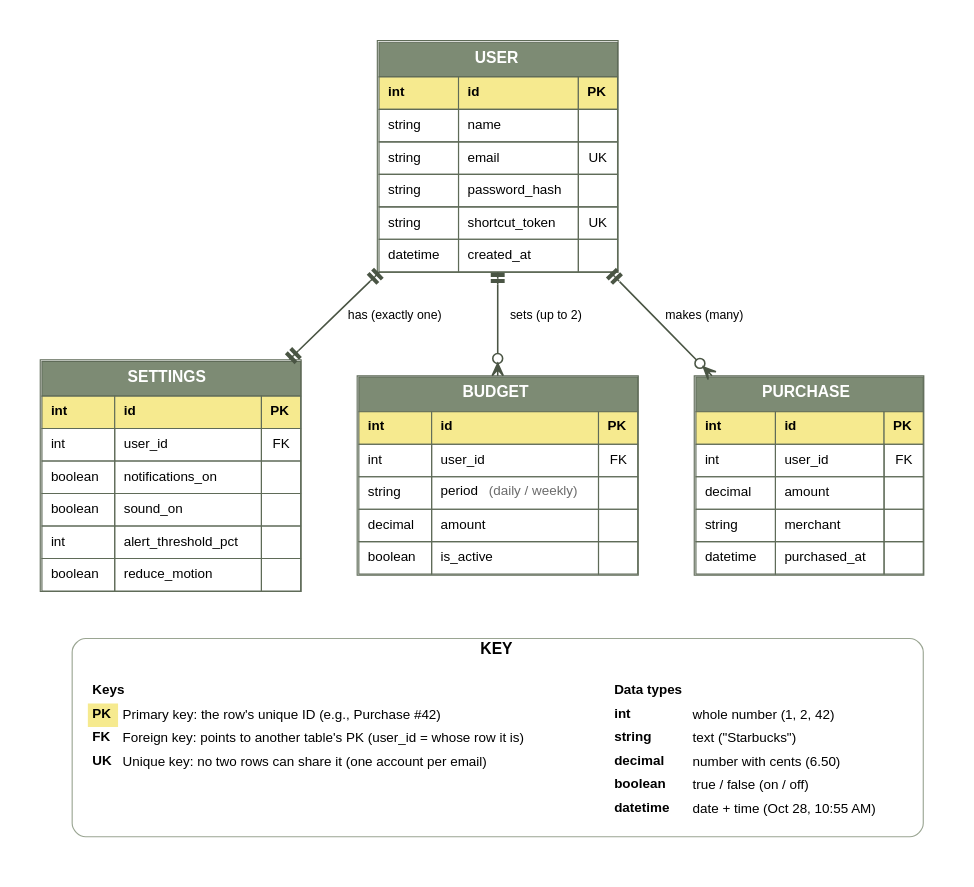
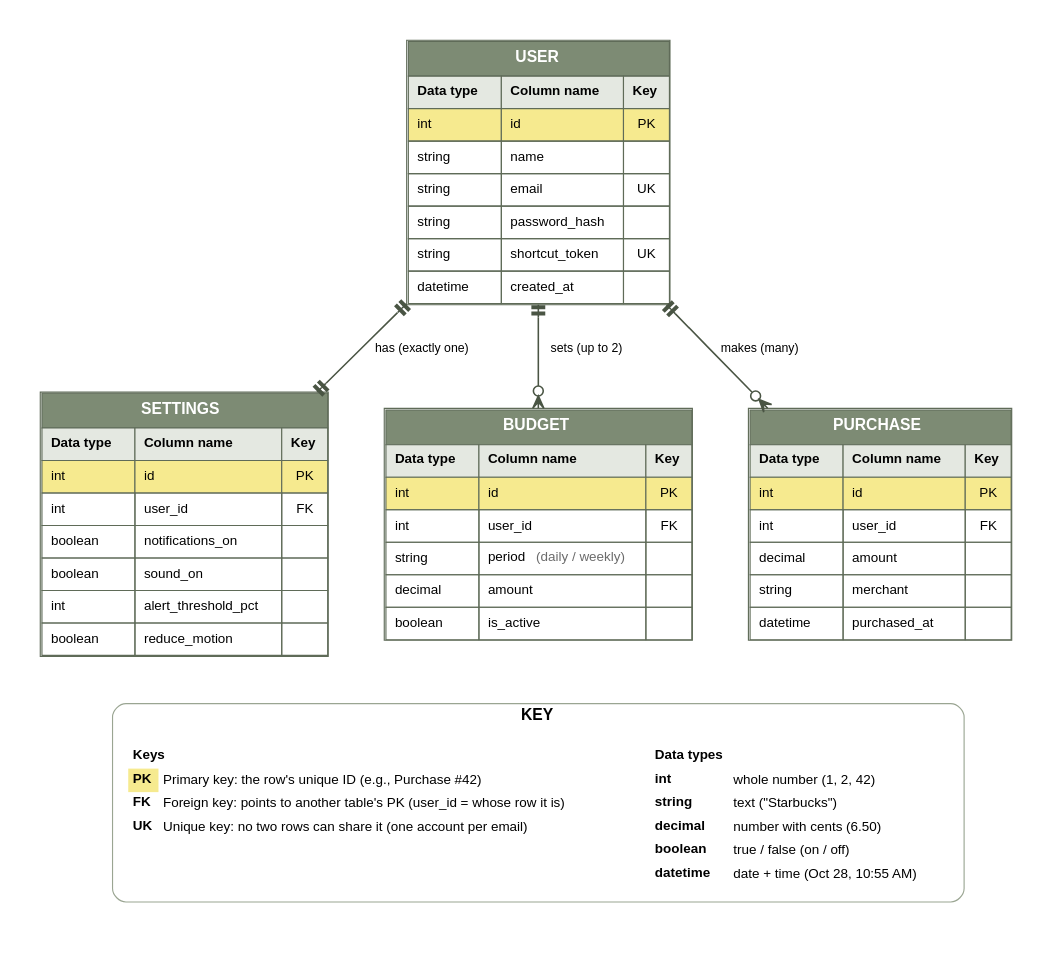
One commit to MarieblancheBotilou/Clink changed the diagram in docs/diagrams/er-diagram.dot. Above: the diagram before and after it, drawn with Graphviz. The commit also changed 2 other files, not shown here.

Commit message:
Label ER diagram columns (Data type, Column name, Key)

```diff
--- a/docs/diagrams/er-diagram.dot
+++ b/docs/diagrams/er-diagram.dot
@@ -1,63 +1,67 @@
 digraph ER {
   graph [fontname="Helvetica", bgcolor="white", nodesep=0.7, ranksep=0.9, pad=0.4, newrank=true];
   node  [shape=plain, fontname="Helvetica", fontsize=12];
   edge  [fontname="Helvetica", fontsize=11, color="#4a5544", penwidth=1.4, dir=both, arrowsize=1.1];
 
   // colors: sage header, yellow PK row
   User [label=<<TABLE BORDER="1" CELLBORDER="1" CELLSPACING="0" CELLPADDING="7" COLOR="#5f6b58">
     <TR><TD COLSPAN="3" BGCOLOR="#7d8b74"><FONT COLOR="white" POINT-SIZE="14"><B>USER</B></FONT></TD></TR>
-    <TR><TD BGCOLOR="#f6ea8f" ALIGN="LEFT"><B>int</B></TD><TD BGCOLOR="#f6ea8f" ALIGN="LEFT"><B>id</B></TD><TD BGCOLOR="#f6ea8f"><B>PK</B></TD></TR>
+    <TR><TD BGCOLOR="#e4e8e1" ALIGN="LEFT"><B>Data type</B></TD><TD BGCOLOR="#e4e8e1" ALIGN="LEFT"><B>Column name</B></TD><TD BGCOLOR="#e4e8e1"><B>Key</B></TD></TR>
+    <TR><TD BGCOLOR="#f6ea8f" ALIGN="LEFT">int</TD><TD BGCOLOR="#f6ea8f" ALIGN="LEFT">id</TD><TD BGCOLOR="#f6ea8f">PK</TD></TR>
     <TR><TD ALIGN="LEFT">string</TD><TD ALIGN="LEFT">name</TD><TD></TD></TR>
     <TR><TD ALIGN="LEFT">string</TD><TD ALIGN="LEFT">email</TD><TD>UK</TD></TR>
     <TR><TD ALIGN="LEFT">string</TD><TD ALIGN="LEFT">password_hash</TD><TD></TD></TR>
     <TR><TD ALIGN="LEFT">string</TD><TD ALIGN="LEFT">shortcut_token</TD><TD>UK</TD></TR>
     <TR><TD ALIGN="LEFT">datetime</TD><TD ALIGN="LEFT">created_at</TD><TD></TD></TR>
   </TABLE>>];
 
   Settings [label=<<TABLE BORDER="1" CELLBORDER="1" CELLSPACING="0" CELLPADDING="7" COLOR="#5f6b58">
     <TR><TD COLSPAN="3" BGCOLOR="#7d8b74"><FONT COLOR="white" POINT-SIZE="14"><B>SETTINGS</B></FONT></TD></TR>
-    <TR><TD BGCOLOR="#f6ea8f" ALIGN="LEFT"><B>int</B></TD><TD BGCOLOR="#f6ea8f" ALIGN="LEFT"><B>id</B></TD><TD BGCOLOR="#f6ea8f"><B>PK</B></TD></TR>
+    <TR><TD BGCOLOR="#e4e8e1" ALIGN="LEFT"><B>Data type</B></TD><TD BGCOLOR="#e4e8e1" ALIGN="LEFT"><B>Column name</B></TD><TD BGCOLOR="#e4e8e1"><B>Key</B></TD></TR>
+    <TR><TD BGCOLOR="#f6ea8f" ALIGN="LEFT">int</TD><TD BGCOLOR="#f6ea8f" ALIGN="LEFT">id</TD><TD BGCOLOR="#f6ea8f">PK</TD></TR>
     <TR><TD ALIGN="LEFT">int</TD><TD ALIGN="LEFT">user_id</TD><TD>FK</TD></TR>
     <TR><TD ALIGN="LEFT">boolean</TD><TD ALIGN="LEFT">notifications_on</TD><TD></TD></TR>
     <TR><TD ALIGN="LEFT">boolean</TD><TD ALIGN="LEFT">sound_on</TD><TD></TD></TR>
     <TR><TD ALIGN="LEFT">int</TD><TD ALIGN="LEFT">alert_threshold_pct</TD><TD></TD></TR>
     <TR><TD ALIGN="LEFT">boolean</TD><TD ALIGN="LEFT">reduce_motion</TD><TD></TD></TR>
   </TABLE>>];
 
   Budget [label=<<TABLE BORDER="1" CELLBORDER="1" CELLSPACING="0" CELLPADDING="7" COLOR="#5f6b58">
     <TR><TD COLSPAN="3" BGCOLOR="#7d8b74"><FONT COLOR="white" POINT-SIZE="14"><B>BUDGET</B></FONT></TD></TR>
-    <TR><TD BGCOLOR="#f6ea8f" ALIGN="LEFT"><B>int</B></TD><TD BGCOLOR="#f6ea8f" ALIGN="LEFT"><B>id</B></TD><TD BGCOLOR="#f6ea8f"><B>PK</B></TD></TR>
+    <TR><TD BGCOLOR="#e4e8e1" ALIGN="LEFT"><B>Data type</B></TD><TD BGCOLOR="#e4e8e1" ALIGN="LEFT"><B>Column name</B></TD><TD BGCOLOR="#e4e8e1"><B>Key</B></TD></TR>
+    <TR><TD BGCOLOR="#f6ea8f" ALIGN="LEFT">int</TD><TD BGCOLOR="#f6ea8f" ALIGN="LEFT">id</TD><TD BGCOLOR="#f6ea8f">PK</TD></TR>
     <TR><TD ALIGN="LEFT">int</TD><TD ALIGN="LEFT">user_id</TD><TD>FK</TD></TR>
     <TR><TD ALIGN="LEFT">string</TD><TD ALIGN="LEFT">period <FONT COLOR="#6b6b6b">(daily / weekly)</FONT></TD><TD></TD></TR>
     <TR><TD ALIGN="LEFT">decimal</TD><TD ALIGN="LEFT">amount</TD><TD></TD></TR>
     <TR><TD ALIGN="LEFT">boolean</TD><TD ALIGN="LEFT">is_active</TD><TD></TD></TR>
   </TABLE>>];
 
   Purchase [label=<<TABLE BORDER="1" CELLBORDER="1" CELLSPACING="0" CELLPADDING="7" COLOR="#5f6b58">
     <TR><TD COLSPAN="3" BGCOLOR="#7d8b74"><FONT COLOR="white" POINT-SIZE="14"><B>PURCHASE</B></FONT></TD></TR>
-    <TR><TD BGCOLOR="#f6ea8f" ALIGN="LEFT"><B>int</B></TD><TD BGCOLOR="#f6ea8f" ALIGN="LEFT"><B>id</B></TD><TD BGCOLOR="#f6ea8f"><B>PK</B></TD></TR>
+    <TR><TD BGCOLOR="#e4e8e1" ALIGN="LEFT"><B>Data type</B></TD><TD BGCOLOR="#e4e8e1" ALIGN="LEFT"><B>Column name</B></TD><TD BGCOLOR="#e4e8e1"><B>Key</B></TD></TR>
+    <TR><TD BGCOLOR="#f6ea8f" ALIGN="LEFT">int</TD><TD BGCOLOR="#f6ea8f" ALIGN="LEFT">id</TD><TD BGCOLOR="#f6ea8f">PK</TD></TR>
     <TR><TD ALIGN="LEFT">int</TD><TD ALIGN="LEFT">user_id</TD><TD>FK</TD></TR>
     <TR><TD ALIGN="LEFT">decimal</TD><TD ALIGN="LEFT">amount</TD><TD></TD></TR>
     <TR><TD ALIGN="LEFT">string</TD><TD ALIGN="LEFT">merchant</TD><TD></TD></TR>
     <TR><TD ALIGN="LEFT">datetime</TD><TD ALIGN="LEFT">purchased_at</TD><TD></TD></TR>
   </TABLE>>];
 
   User -> Settings [arrowtail=teetee, arrowhead=teetee, label="  has (exactly one)"];
   User -> Budget   [arrowtail=teetee, arrowhead=crowodot, label="  sets (up to 2)"];
   User -> Purchase [arrowtail=teetee, arrowhead=crowodot, label="  makes (many)"];
   { rank=same; Settings; Budget; Purchase; }
 
   // ---------- Legend ----------
   subgraph cluster_key {
     label=<<B>KEY</B>>; fontsize=14; style="rounded"; color="#9aa592"; margin=14;
     keys [label=<<TABLE BORDER="0" CELLBORDER="0" CELLSPACING="0" CELLPADDING="4">
       <TR><TD ALIGN="LEFT" COLSPAN="2"><B>Keys</B></TD><TD WIDTH="30"></TD><TD ALIGN="LEFT" COLSPAN="2"><B>Data types</B></TD></TR>
       <TR><TD ALIGN="LEFT" BGCOLOR="#f6ea8f"><B>PK</B></TD><TD ALIGN="LEFT">Primary key: the row's unique ID (e.g., Purchase #42)</TD><TD></TD><TD ALIGN="LEFT"><B>int</B></TD><TD ALIGN="LEFT">whole number (1, 2, 42)</TD></TR>
       <TR><TD ALIGN="LEFT"><B>FK</B></TD><TD ALIGN="LEFT">Foreign key: points to another table's PK (user_id = whose row it is)</TD><TD></TD><TD ALIGN="LEFT"><B>string</B></TD><TD ALIGN="LEFT">text ("Starbucks")</TD></TR>
       <TR><TD ALIGN="LEFT"><B>UK</B></TD><TD ALIGN="LEFT">Unique key: no two rows can share it (one account per email)</TD><TD></TD><TD ALIGN="LEFT"><B>decimal</B></TD><TD ALIGN="LEFT">number with cents (6.50)</TD></TR>
       <TR><TD></TD><TD></TD><TD></TD><TD ALIGN="LEFT"><B>boolean</B></TD><TD ALIGN="LEFT">true / false (on / off)</TD></TR>
       <TR><TD></TD><TD></TD><TD></TD><TD ALIGN="LEFT"><B>datetime</B></TD><TD ALIGN="LEFT">date + time (Oct 28, 10:55 AM)</TD></TR>
     </TABLE>>];
   }
   Budget -> keys [style=invis, dir=none];
 }
```
